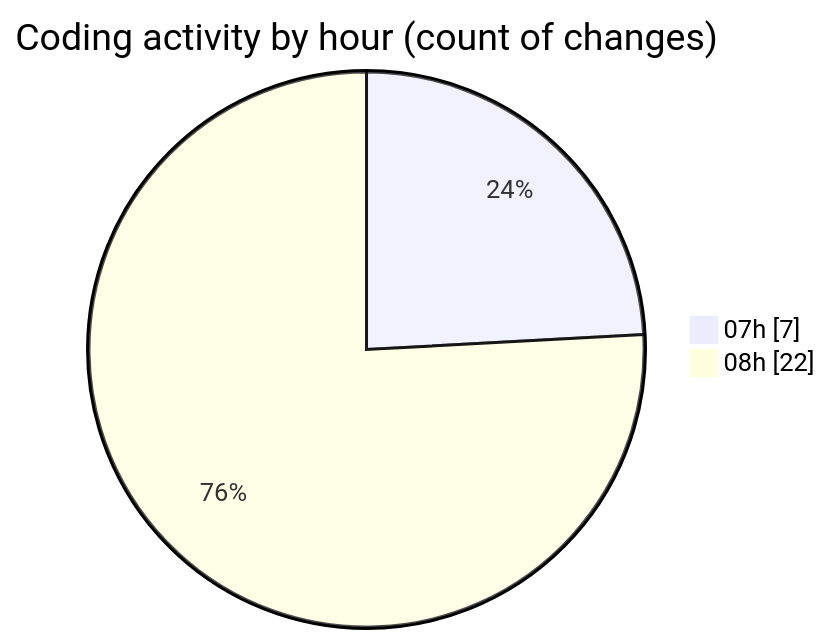
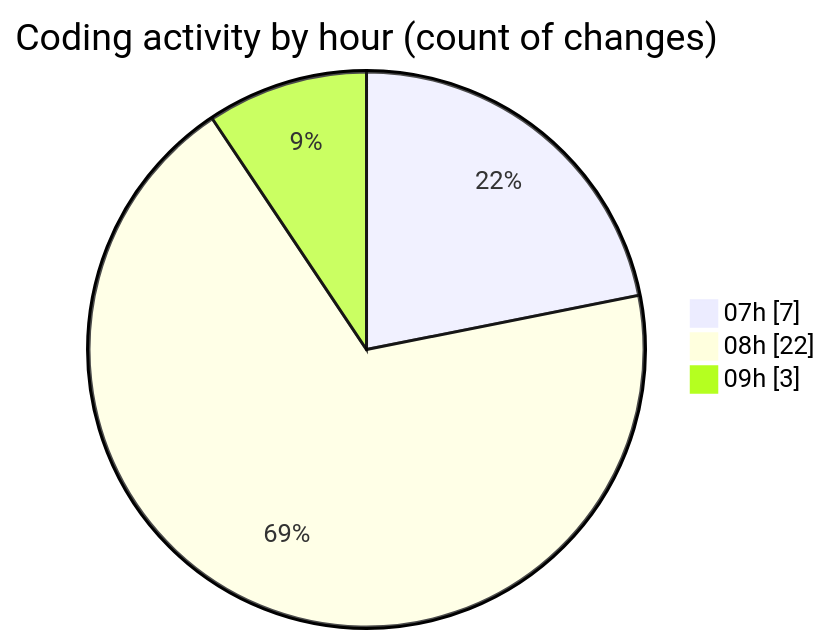
One commit to Elitesun/code-tracking changed the second of 2 diagrams in 2025-05-04/niten/README.md. Above: the diagram before and after it, drawn with Mermaid. The commit also changed other lines of this file and 1 other file, not shown here.

````diff
--- a/2025-05-04/niten/README.md
+++ b/2025-05-04/niten/README.md
@@ -39,6 +41,7 @@
 ```mermaid
 pie showData
 title Coding activity by hour (count of changes)
 "07h" : 7
 "08h" : 22
+"09h" : 3
 ```
````
